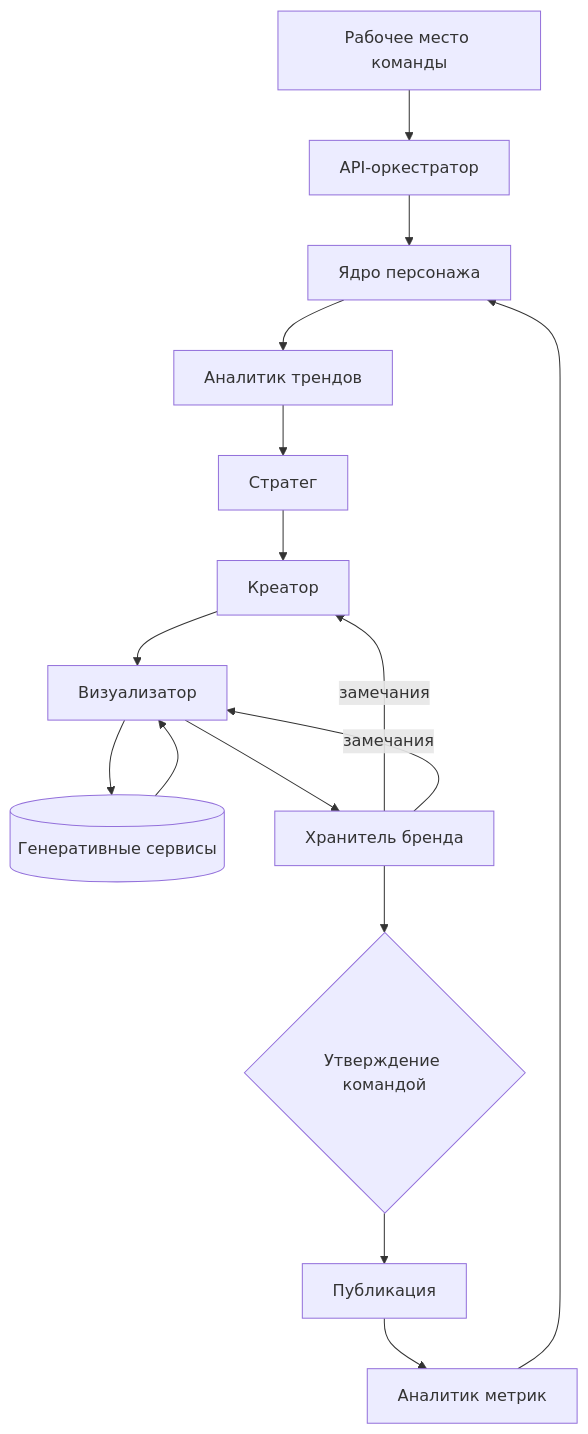
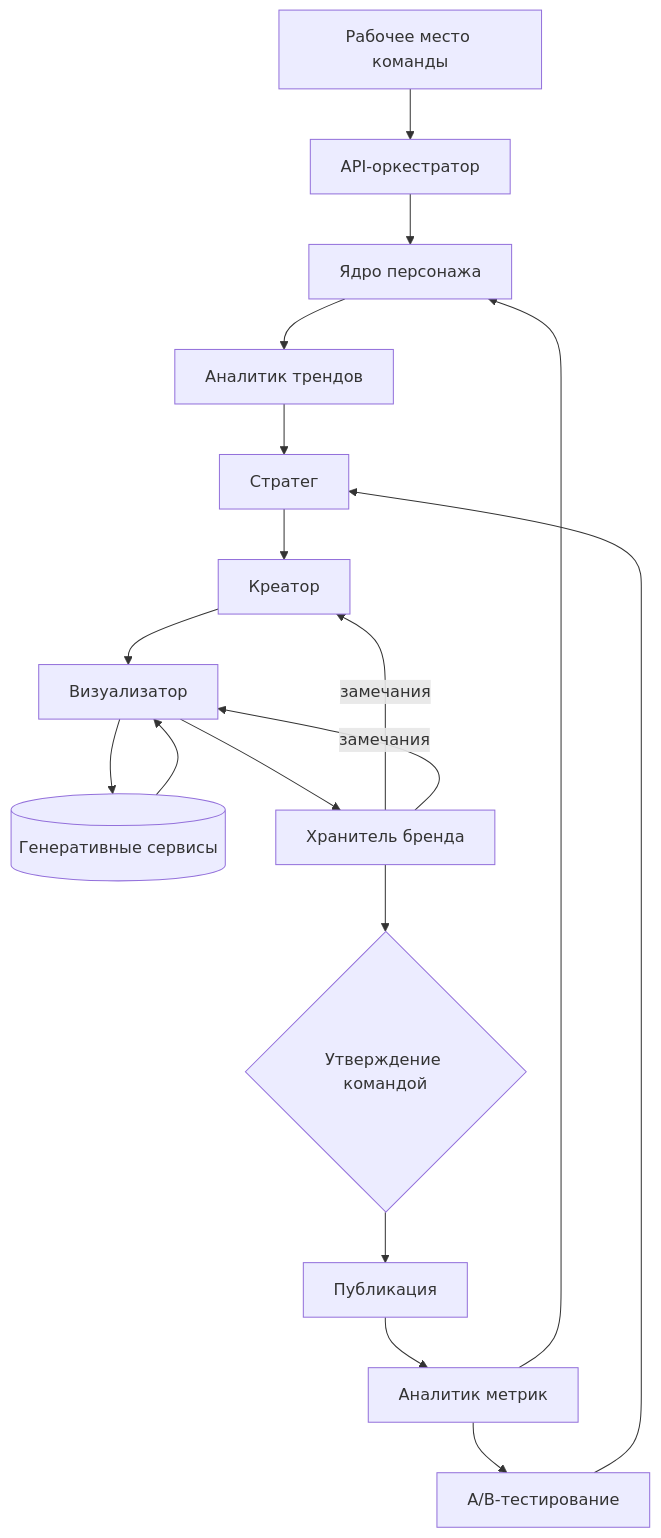
Before and after one commit to erzetix/Erzetix-AI-Studio-B2B: the diagram in README.md, drawn with Mermaid. The commit also changed other lines of this file and 49 other files, not shown here.

````diff
--- a/README.md
+++ b/README.md
@@ -12,18 +12,20 @@
 ```mermaid
 flowchart TD
     Team[Рабочее место команды] --> Orchestrator[API-оркестратор]
     Orchestrator --> Core[Ядро персонажа]
     Core --> Trend[Аналитик трендов]
     Trend --> Strategist[Стратег]
     Strategist --> Creator[Креатор]
     Creator --> Visualizer[Визуализатор]
     Visualizer --> GenServices[(Генеративные сервисы)]
     GenServices --> Visualizer
     Visualizer --> Guardian[Хранитель бренда]
     Guardian -- замечания --> Creator
     Guardian -- замечания --> Visualizer
     Guardian --> HITL{Утверждение командой}
     HITL --> Publish[Публикация]
     Publish --> Analytics[Аналитик метрик]
     Analytics --> Core
+    Analytics --> ABTest[A/B-тестирование]
+    ABTest --> Strategist
 ```
````
